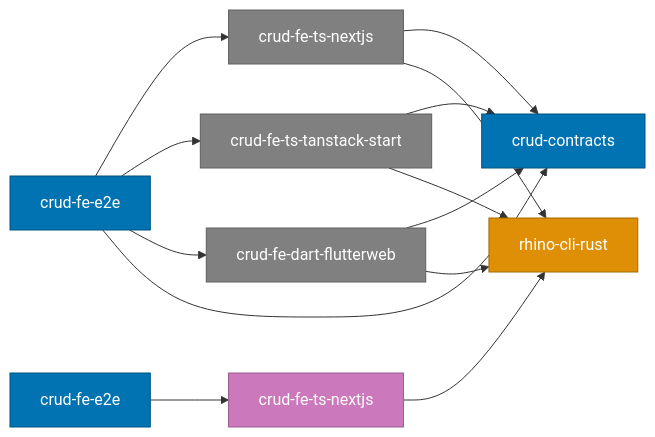
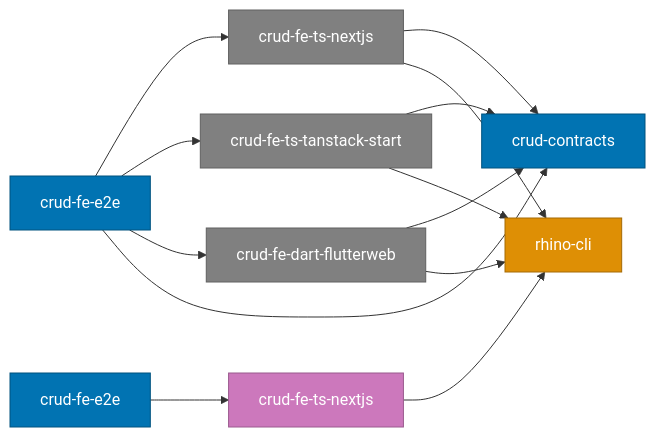
The third of 3 diagrams in docs/reference/project-dependency-graph.md (wahidyankf/ose-primer), drawn with Mermaid before and after one commit. The commit also changed other lines of this file and 207 other files, not shown here.

First line of the commit message:
refactor(rhino-cli)!: rename apps/rhino-cli-rust to apps/rhino-cli

````diff
--- a/docs/reference/project-dependency-graph.md
+++ b/docs/reference/project-dependency-graph.md
@@ -109,30 +109,30 @@
 ```mermaid
 graph LR
   FEE2E[crud-fe-e2e]:::e2e
   NEXTJS[crud-fe-ts-nextjs]:::frontend
   TANSTACK[crud-fe-ts-tanstack-start]:::frontend
   FLUTTER[crud-fe-dart-flutterweb]:::frontend
   OLE[crud-fe-e2e]:::e2e
   OLW[crud-fe-ts-nextjs]:::site
-  RC[rhino-cli-rust]:::cli
+  RC[rhino-cli]:::cli
   DC[crud-contracts]:::spec
 
   FEE2E --> NEXTJS
   FEE2E --> TANSTACK
   FEE2E --> FLUTTER
   FEE2E --> DC
   OLE --> OLW
   OLW --> RC
   NEXTJS --> DC
   NEXTJS --> RC
   TANSTACK --> DC
   TANSTACK --> RC
   FLUTTER --> DC
   FLUTTER --> RC
 
   classDef spec fill:#0173B2,stroke:#01537F,color:#FFFFFF
   classDef cli fill:#DE8F05,stroke:#A56A04,color:#FFFFFF
   classDef site fill:#CC78BC,stroke:#9A5A8E,color:#FFFFFF
   classDef frontend fill:#808080,stroke:#606060,color:#FFFFFF
   classDef e2e fill:#0173B2,stroke:#01537F,color:#FFFFFF
 ```
````
